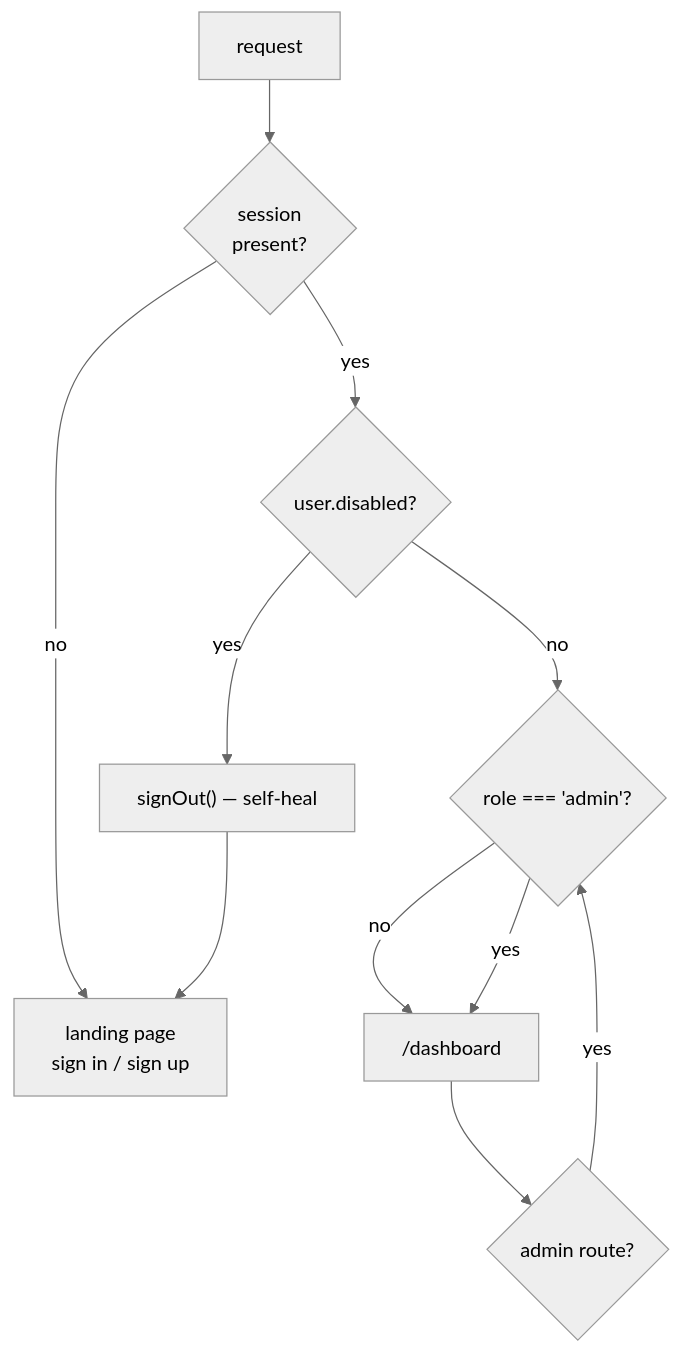
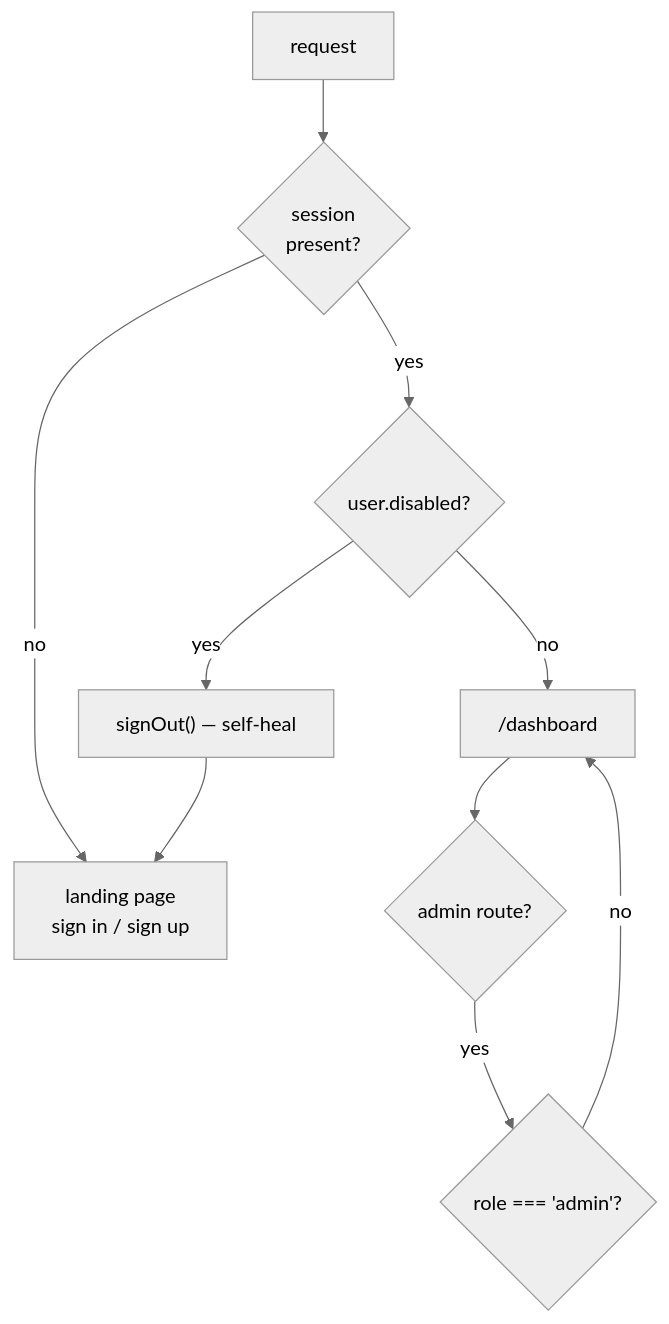
One commit to c0k0n/job-tracker changed the third of 5 diagrams in docs/auth.md. Above: the diagram before and after it, drawn with Mermaid (neutral theme). The commit also changed other lines of this file and 45 other files, not shown here.

````diff
--- a/docs/auth.md
+++ b/docs/auth.md
@@ -100,12 +107,11 @@
 ```mermaid
 flowchart TD
     S["request"] --> G1{"session<br/>present?"}
     G1 -- no --> L["landing page<br/>sign in / sign up"]
     G1 -- yes --> G2{"user.disabled?"}
     G2 -- yes --> H["signOut() — self-heal"] --> L
-    G2 -- no --> G3{"role === 'admin'?"}
-    G3 -- no --> D["/dashboard"]
-    G3 -- yes --> D
-    D --> G4{"admin route?"}
-    G4 -- yes --> G3
+    G2 -- no --> D["/dashboard"]
+    D --> G3{"admin route?"}
+    G3 -- yes --> G4{"role === 'admin'?"}
+    G4 -- no --> D
 ```
````
